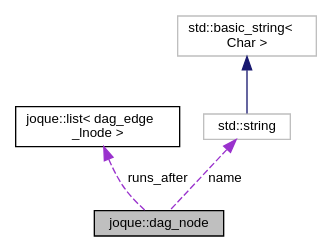
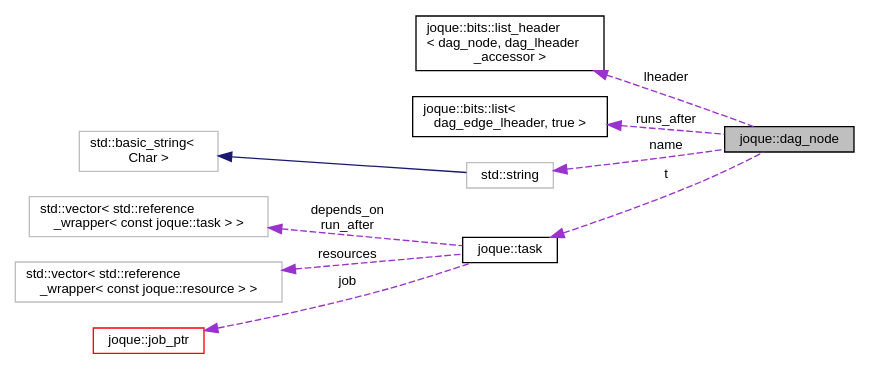
The diagram in structjoque_1_1dag__node__coll__graph.dot (koniarik/joque), drawn with Graphviz before and after one commit. The commit also changed 209 other files, not shown here.

```diff
--- a/structjoque_1_1dag__node__coll__graph.dot
+++ b/structjoque_1_1dag__node__coll__graph.dot
@@ -1,13 +1,24 @@
 digraph "joque::dag_node"
 {
  // LATEX_PDF_SIZE
   edge [fontname="Helvetica",fontsize="10",labelfontname="Helvetica",labelfontsize="10"];
   node [fontname="Helvetica",fontsize="10",shape=record];
+  rankdir="LR";
   Node1 [label="joque::dag_node",height=0.2,width=0.4,color="black", fillcolor="grey75", style="filled", fontcolor="black",tooltip="Node representing all execution-related information for one task."];
-  Node2 -> Node1 [dir="back",color="darkorchid3",fontsize="10",style="dashed",label=" runs_after" ,fontname="Helvetica"];
-  Node2 [label="joque::list\< dag_edge\l_lnode \>",height=0.2,width=0.4,color="black", fillcolor="white", style="filled",URL="$classjoque_1_1list.html",tooltip=" "];
-  Node3 -> Node1 [dir="back",color="darkorchid3",fontsize="10",style="dashed",label=" name" ,fontname="Helvetica"];
-  Node3 [label="std::string",height=0.2,width=0.4,color="grey75", fillcolor="white", style="filled",tooltip=" "];
-  Node4 -> Node3 [dir="back",color="midnightblue",fontsize="10",style="solid",fontname="Helvetica"];
-  Node4 [label="std::basic_string\<\l Char \>",height=0.2,width=0.4,color="grey75", fillcolor="white", style="filled",tooltip=" "];
+  Node2 -> Node1 [dir="back",color="darkorchid3",fontsize="10",style="dashed",label=" lheader" ,fontname="Helvetica"];
+  Node2 [label="joque::bits::list_header\l\< dag_node, dag_lheader\l_accessor \>",height=0.2,width=0.4,color="black", fillcolor="white", style="filled",URL="$structjoque_1_1bits_1_1list__header.html",tooltip=" "];
+  Node3 -> Node1 [dir="back",color="darkorchid3",fontsize="10",style="dashed",label=" runs_after" ,fontname="Helvetica"];
+  Node3 [label="joque::bits::list\<\l dag_edge_lheader, true \>",height=0.2,width=0.4,color="black", fillcolor="white", style="filled",URL="$classjoque_1_1bits_1_1list.html",tooltip=" "];
+  Node4 -> Node1 [dir="back",color="darkorchid3",fontsize="10",style="dashed",label=" name" ,fontname="Helvetica"];
+  Node4 [label="std::string",height=0.2,width=0.4,color="grey75", fillcolor="white", style="filled",tooltip=" "];
+  Node5 -> Node4 [dir="back",color="midnightblue",fontsize="10",style="solid",fontname="Helvetica"];
+  Node5 [label="std::basic_string\<\l Char \>",height=0.2,width=0.4,color="grey75", fillcolor="white", style="filled",tooltip=" "];
+  Node6 -> Node1 [dir="back",color="darkorchid3",fontsize="10",style="dashed",label=" t" ,fontname="Helvetica"];
+  Node6 [label="joque::task",height=0.2,width=0.4,color="black", fillcolor="white", style="filled",URL="$namespacejoque.html#structjoque_1_1task",tooltip="Single task that should be executed by the system."];
+  Node7 -> Node6 [dir="back",color="darkorchid3",fontsize="10",style="dashed",label=" depends_on\nrun_after" ,fontname="Helvetica"];
+  Node7 [label="std::vector\< std::reference\l_wrapper\< const joque::task \> \>",height=0.2,width=0.4,color="grey75", fillcolor="white", style="filled",tooltip=" "];
+  Node8 -> Node6 [dir="back",color="darkorchid3",fontsize="10",style="dashed",label=" resources" ,fontname="Helvetica"];
+  Node8 [label="std::vector\< std::reference\l_wrapper\< const joque::resource \> \>",height=0.2,width=0.4,color="grey75", fillcolor="white", style="filled",tooltip=" "];
+  Node9 -> Node6 [dir="back",color="darkorchid3",fontsize="10",style="dashed",label=" job" ,fontname="Helvetica"];
+  Node9 [label="joque::job_ptr",height=0.2,width=0.4,color="red", fillcolor="white", style="filled",URL="$structjoque_1_1job__ptr.html",tooltip="Custom unique_ptr wrapper that simplifies syntax of tasks."];
 }
```
